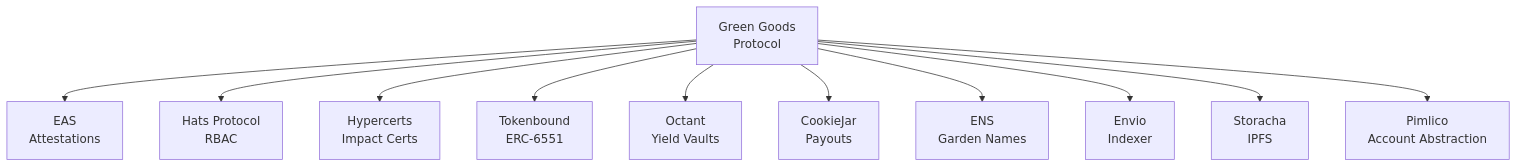
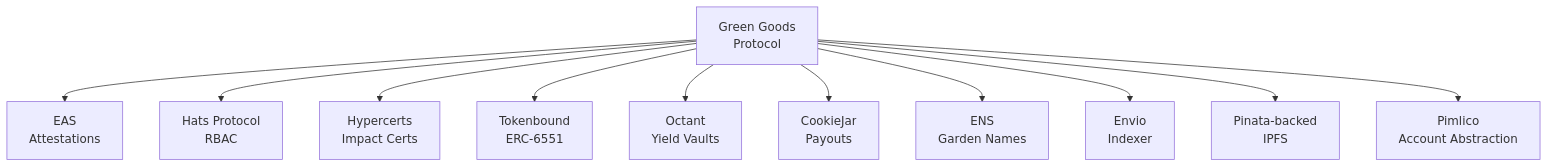
Before and after one commit to greenpill-dev-guild/green-goods: the diagram in docs/docs/builders/integrations/overview.mdx, drawn with Mermaid. The commit also changed other lines of this file and 28 other files, not shown here.

````diff
--- a/docs/docs/builders/integrations/overview.mdx
+++ b/docs/docs/builders/integrations/overview.mdx
@@ -32,15 +32,15 @@
 ```mermaid
 graph TB
     GG["Green Goods\nProtocol"]
 
     GG --> EAS["EAS\nAttestations"]
     GG --> Hats["Hats Protocol\nRBAC"]
     GG --> HC["Hypercerts\nImpact Certs"]
     GG --> TB["Tokenbound\nERC-6551"]
     GG --> Octant["Octant\nYield Vaults"]
     GG --> CJ["CookieJar\nPayouts"]
     GG --> ENS["ENS\nGarden Names"]
     GG --> Envio["Envio\nIndexer"]
-    GG --> Storacha["Storacha\nIPFS"]
+    GG --> Pinata["Pinata-backed\nIPFS"]
     GG --> Pimlico["Pimlico\nAccount Abstraction"]
 ```
````
